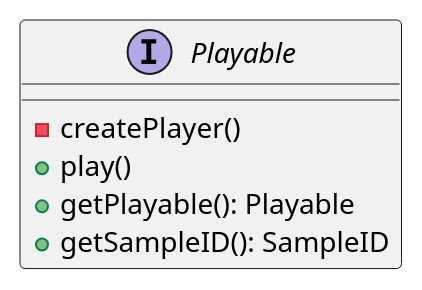
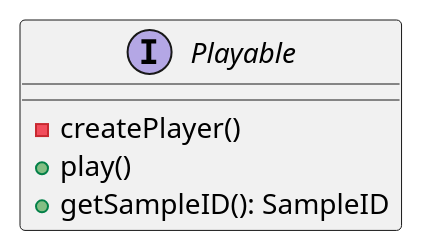
One commit to tunepruner/FingerPerc changed diagram 30 of 31 in app/Documentation/Declarations.puml. Above: the diagram before and after it, drawn with PlantUML. The commit also changed other lines of this file and 25 other files, not shown here.

```diff
--- a/app/Documentation/Declarations.puml
+++ b/app/Documentation/Declarations.puml
@@ -256,8 +232,7 @@
 @startuml(id=Playable)
 interface Playable{
 -createPlayer()
 +play()
-+getPlayable(): Playable
 +getSampleID(): SampleID
 }
 @enduml
```
